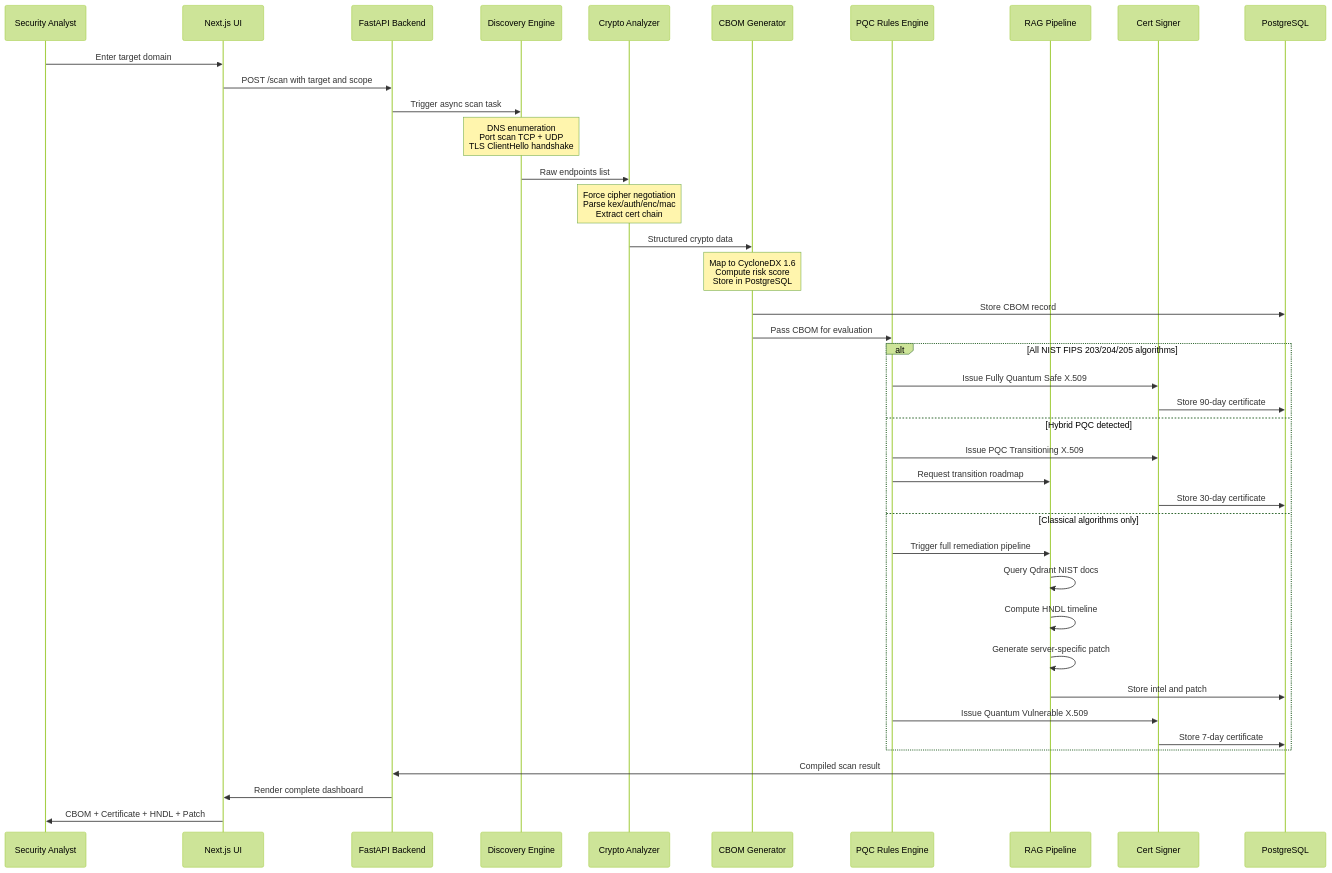
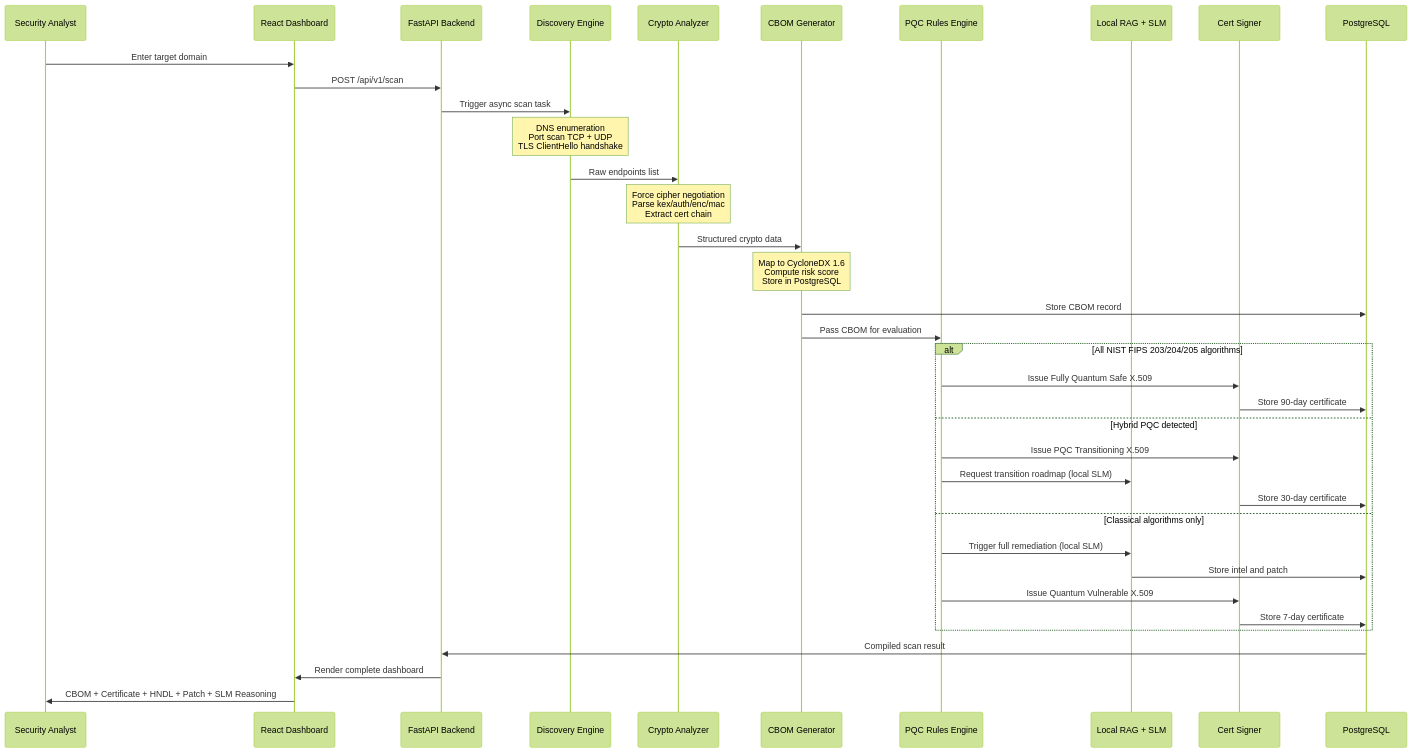
One commit to notgautham/Aegis changed the fourth of 7 diagrams in SOLUTION.md. Above: the diagram before and after it, drawn with Mermaid (forest theme). The commit also changed other lines of this file and 4 other files, not shown here.

````diff
--- a/SOLUTION.md
+++ b/SOLUTION.md
@@ -230,48 +194,45 @@
 ```mermaid
 sequenceDiagram
     participant Analyst as Security Analyst
-    participant UI as Next.js UI
+    participant UI as React Dashboard
     participant API as FastAPI Backend
     participant DISC as Discovery Engine
     participant CRYPTO as Crypto Analyzer
     participant CBOM as CBOM Generator
     participant RULES as PQC Rules Engine
-    participant RAG as RAG Pipeline
+    participant RAG as Local RAG + SLM
     participant CERT as Cert Signer
     participant DB as PostgreSQL
 
     Analyst->>UI: Enter target domain
-    UI->>API: POST /scan with target and scope
+    UI->>API: POST /api/v1/scan
     API->>DISC: Trigger async scan task
 
     Note over DISC: DNS enumeration<br>Port scan TCP + UDP<br>TLS ClientHello handshake
     DISC->>CRYPTO: Raw endpoints list
 
     Note over CRYPTO: Force cipher negotiation<br>Parse kex/auth/enc/mac<br>Extract cert chain
     CRYPTO->>CBOM: Structured crypto data
 
     Note over CBOM: Map to CycloneDX 1.6<br>Compute risk score<br>Store in PostgreSQL
     CBOM->>DB: Store CBOM record
     CBOM->>RULES: Pass CBOM for evaluation
 
     alt All NIST FIPS 203/204/205 algorithms
         RULES->>CERT: Issue Fully Quantum Safe X.509
         CERT->>DB: Store 90-day certificate
     else Hybrid PQC detected
         RULES->>CERT: Issue PQC Transitioning X.509
-        RULES->>RAG: Request transition roadmap
+        RULES->>RAG: Request transition roadmap (local SLM)
         CERT->>DB: Store 30-day certificate
     else Classical algorithms only
-        RULES->>RAG: Trigger full remediation pipeline
-        RAG->>RAG: Query Qdrant NIST docs
-        RAG->>RAG: Compute HNDL timeline
-        RAG->>RAG: Generate server-specific patch
+        RULES->>RAG: Trigger full remediation (local SLM)
         RAG->>DB: Store intel and patch
         RULES->>CERT: Issue Quantum Vulnerable X.509
         CERT->>DB: Store 7-day certificate
     end
 
     DB->>API: Compiled scan result
     API->>UI: Render complete dashboard
-    UI->>Analyst: CBOM + Certificate + HNDL + Patch
+    UI->>Analyst: CBOM + Certificate + HNDL + Patch + SLM Reasoning
 ```
````
